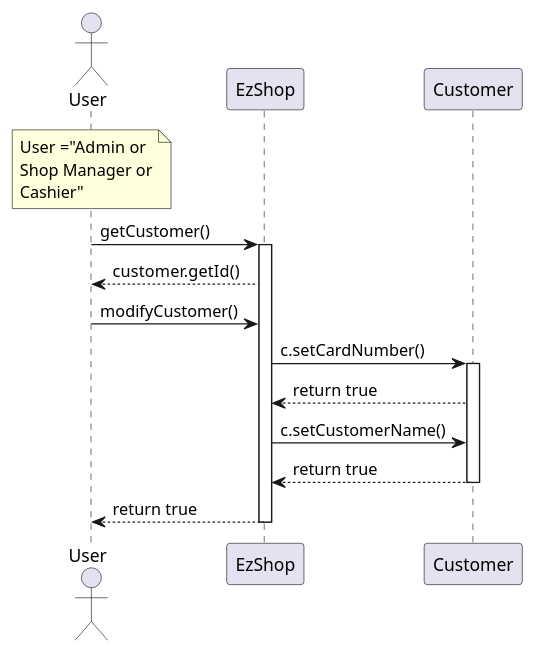
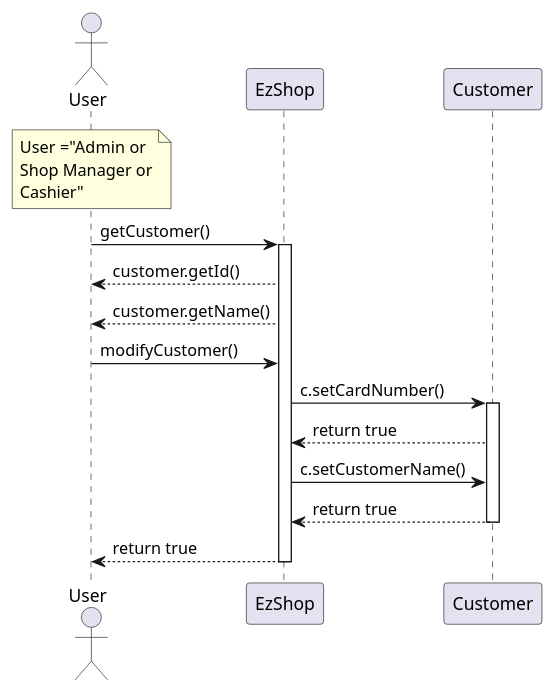
Diagram 15 of 29 in Deliverables/DesignDocument.md (paocela/EzShop), drawn with PlantUML before and after one commit. The commit also changed other lines of this file, not shown here.

Commit message:
Reviewed all sequence diagrams

````diff
--- a/Deliverables/DesignDocument.md
+++ b/Deliverables/DesignDocument.md
@@ -537,18 +522,19 @@
 ```plantuml
 
 actor User
 note over User: User ="Admin or\nShop Manager or\nCashier"
 User -> EzShop : getCustomer()
 activate EzShop
 User <-- EzShop : customer.getId()
+User <-- EzShop : customer.getName()
 User -> EzShop : modifyCustomer()
 EzShop -> Customer : c.setCardNumber()
 activate Customer
 EzShop <-- Customer : return true
 EzShop -> Customer : c.setCustomerName()
 EzShop <-- Customer : return true
 deactivate Customer
 User <-- EzShop : return true
 deactivate EzShop
 
 ```
````
